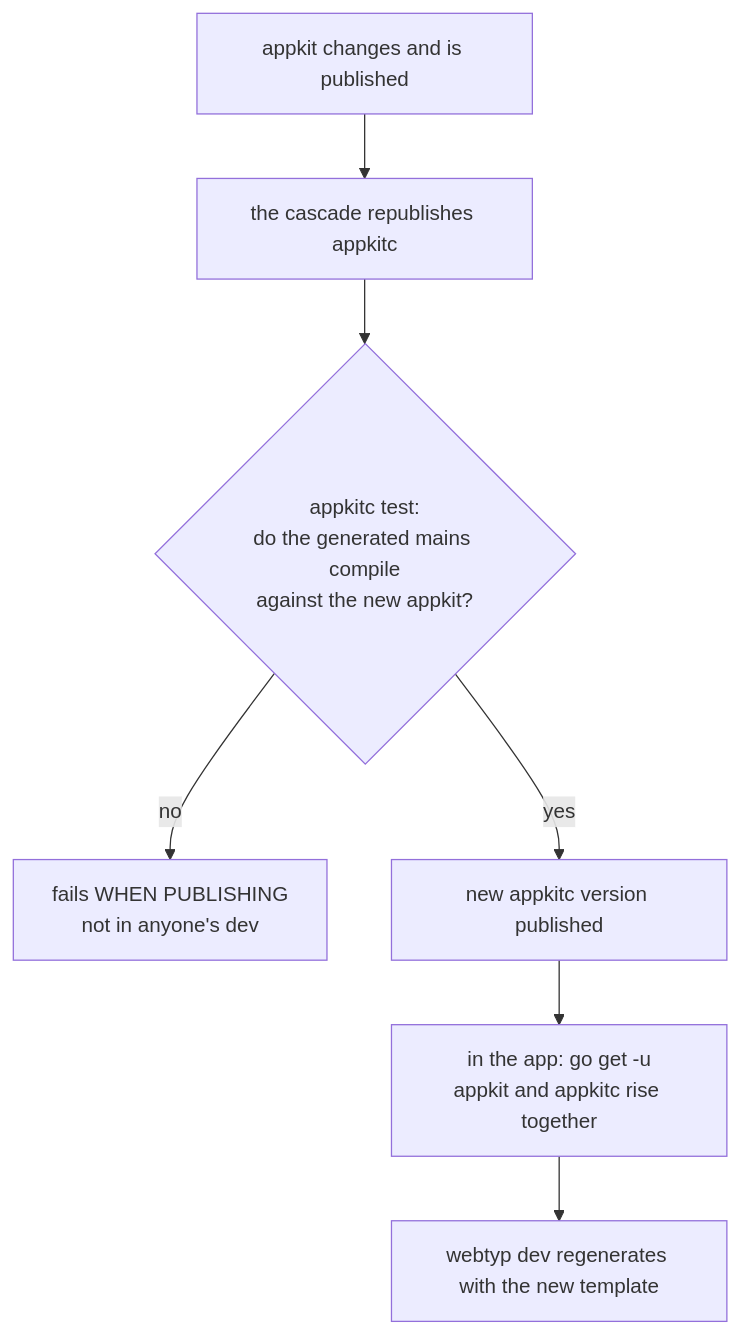
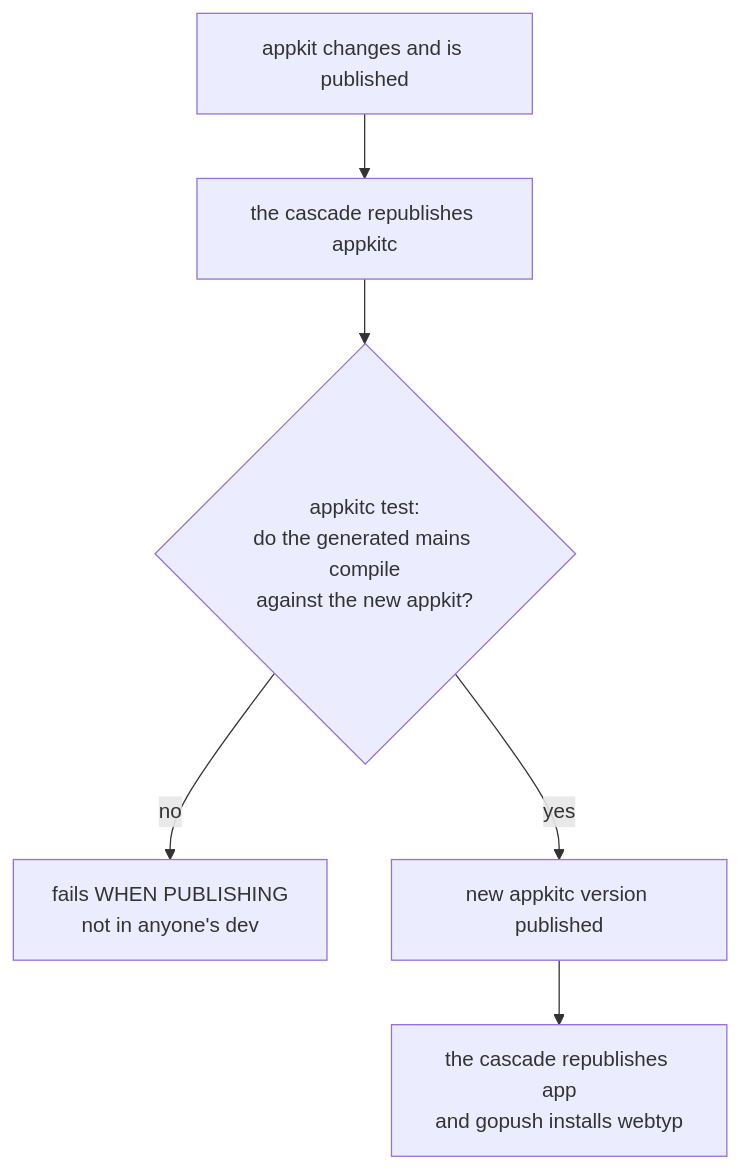
The third of 3 diagrams in docs/diagrams/GENERATED_MAINS.md (webtyp/appkitc), drawn with Mermaid before and after one commit. The commit also changed other lines of this file and 10 other files, not shown here.

First line of the commit message:
fix: appkitc is a development tool inside the webtyp program; no CLI, no tool line in apps; keeps UpgradeGeneratedLibraries

````diff
--- a/docs/diagrams/GENERATED_MAINS.md
+++ b/docs/diagrams/GENERATED_MAINS.md
@@ -32,9 +35,8 @@
 ```mermaid
 flowchart TD
   P1["appkit changes and is published"] --> P2["the cascade republishes appkitc"]
   P2 --> P3{"appkitc test:<br/>do the generated mains compile<br/>against the new appkit?"}
   P3 -- "no" --> P4["fails WHEN PUBLISHING<br/>not in anyone's dev"]
   P3 -- "yes" --> P5["new appkitc version published"]
-  P5 --> P6["in the app: go get -u<br/>appkit and appkitc rise together"]
-  P6 --> P7["webtyp dev regenerates with the new template"]
+  P5 --> P6["the cascade republishes app<br/>and gopush installs webtyp"]
 ```
````
